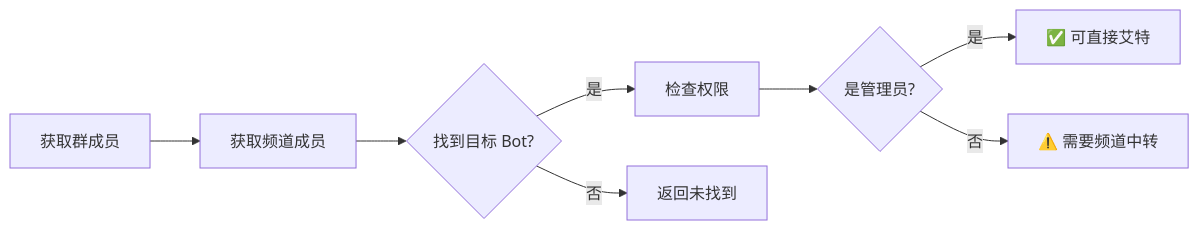
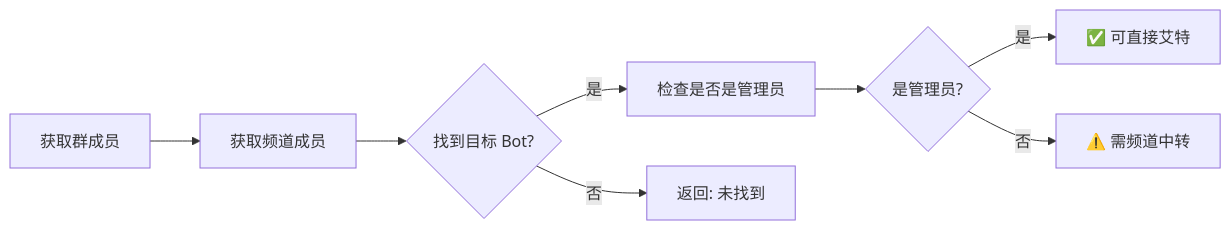
The second of 3 diagrams in README.md (adminlove520/cross-bot-communication), drawn with Mermaid before and after one commit. The commit also changed other lines of this file, not shown here.

````diff
--- a/README.md
+++ b/README.md
@@ -60,10 +64,10 @@
 ```mermaid
 flowchart LR
     A[获取群成员] --> B[获取频道成员]
     B --> C{找到目标 Bot?}
-    C -->|是| D[检查权限]
-    C -->|否| E[返回未找到]
+    C -->|是| D[检查是否是管理员]
+    C -->|否| E[返回: 未找到]
     D --> F{是管理员?}
     F -->|是| G[✅ 可直接艾特]
-    F -->|否| H[⚠️ 需要频道中转]
+    F -->|否| H[⚠️ 需频道中转]
 ```
````
